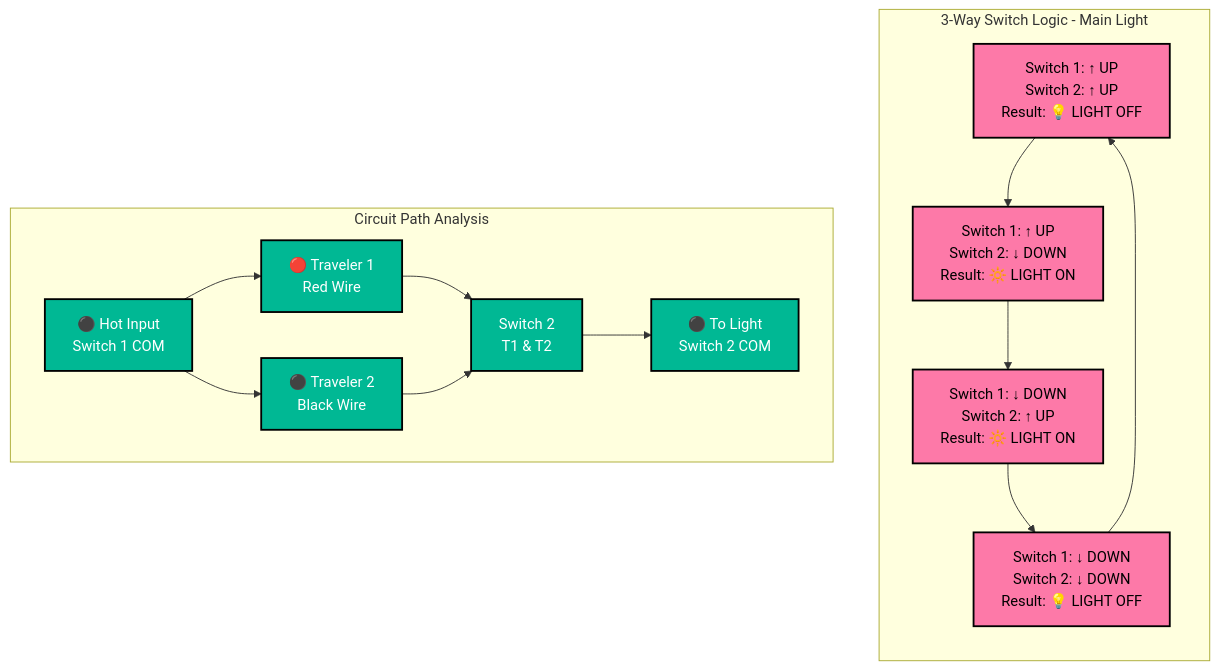
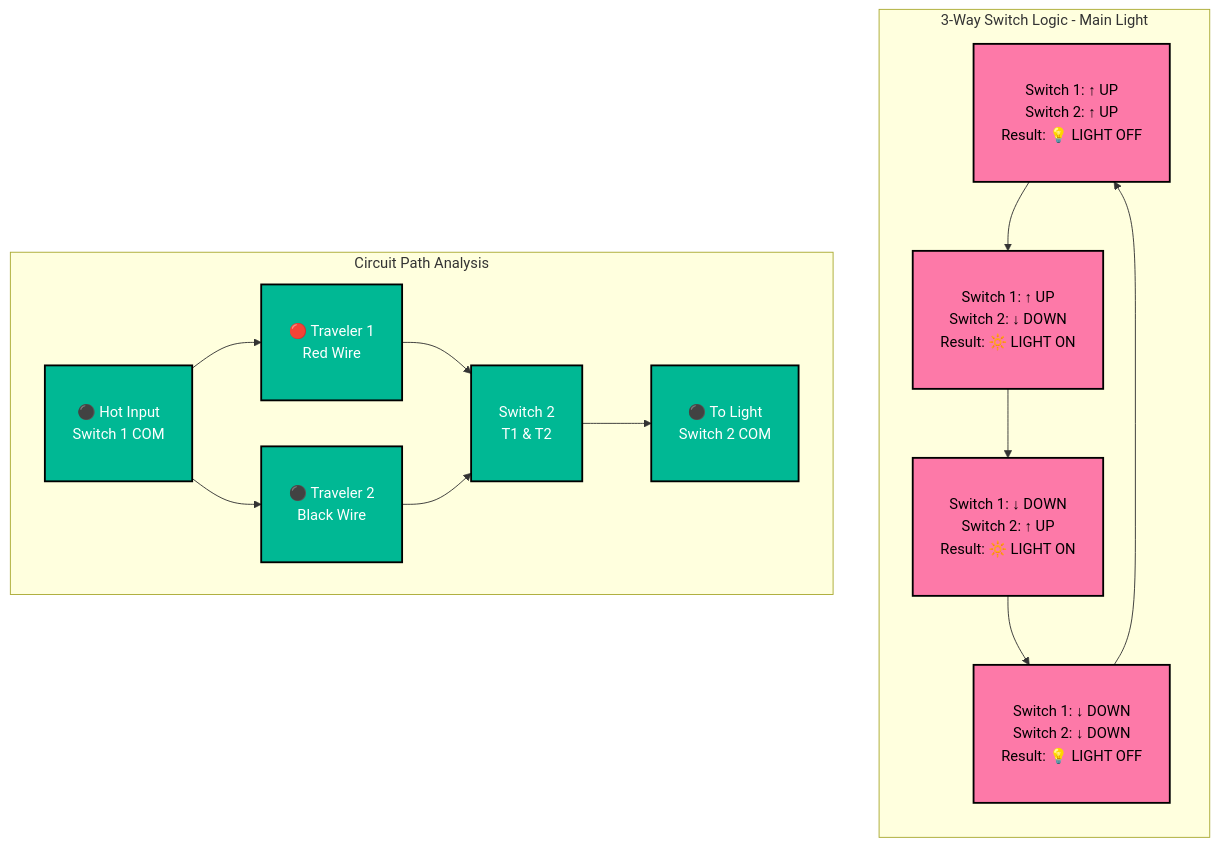
Before and after one commit to ticklemycode/electrical-wiring: the fifth of 8 diagrams in diagrams/mermaid-wiring-diagram.md, drawn with Mermaid. The commit also changed other lines of this file, not shown here.

````diff
--- a/diagrams/mermaid-wiring-diagram.md
+++ b/diagrams/mermaid-wiring-diagram.md
@@ -236,38 +236,38 @@
 ```mermaid
 flowchart TD
     subgraph "3-Way Switch Logic - Main Light"
         direction TB
         
         STATE1[Switch 1: ↑ UP<br/>Switch 2: ↑ UP<br/>Result: 💡 LIGHT OFF]
         STATE2[Switch 1: ↑ UP<br/>Switch 2: ↓ DOWN<br/>Result: 🔆 LIGHT ON]
         STATE3[Switch 1: ↓ DOWN<br/>Switch 2: ↑ UP<br/>Result: 🔆 LIGHT ON]
         STATE4[Switch 1: ↓ DOWN<br/>Switch 2: ↓ DOWN<br/>Result: 💡 LIGHT OFF]
         
         STATE1 --> STATE2
         STATE2 --> STATE3
         STATE3 --> STATE4
         STATE4 --> STATE1
     end
     
     subgraph "Circuit Path Analysis"
         direction LR
         
         HOT_IN[⚫ Hot Input<br/>Switch 1 COM]
         TRAV1[🔴 Traveler 1<br/>Red Wire]
         TRAV2[⚫ Traveler 2<br/>Black Wire]
         SWITCH2[Switch 2<br/>T1 & T2]
         LIGHT_OUT[⚫ To Light<br/>Switch 2 COM]
         
         HOT_IN --> TRAV1
         HOT_IN --> TRAV2
         TRAV1 --> SWITCH2
         TRAV2 --> SWITCH2
         SWITCH2 --> LIGHT_OUT
     end
     
-    classDef stateStyle fill:#fd79a8,stroke:#000,stroke-width:2px,color:#000
-    classDef pathStyle fill:#00b894,stroke:#000,stroke-width:2px,color:#fff
+    classDef stateStyle fill:#fd79a8,stroke:#000,stroke-width:2px,color:#000,padding:15px
+    classDef pathStyle fill:#00b894,stroke:#000,stroke-width:2px,color:#fff,padding:15px
     
     class STATE1,STATE2,STATE3,STATE4 stateStyle
     class HOT_IN,TRAV1,TRAV2,SWITCH2,LIGHT_OUT pathStyle
 ```
````
